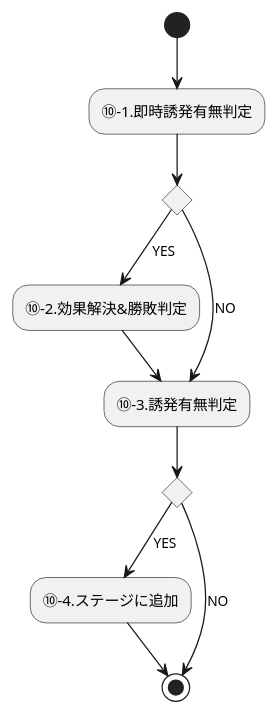
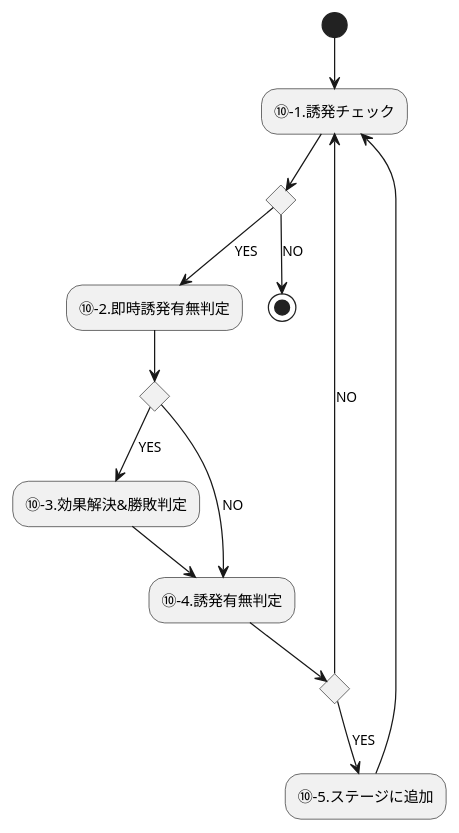
The diagram in source/core/triggerflow.puml (BlackPoker/BlackPoker), drawn with PlantUML before and after one commit. The commit also changed 1 other file, not shown here.

```diff
--- a/source/core/triggerflow.puml
+++ b/source/core/triggerflow.puml
@@ -1,18 +1,24 @@
 @startuml
-(*) --> "⑩-1.即時誘発有無判定"
+(*) --> "⑩-1.誘発チェック"
 
 if "" then
-    -->[YES] "⑩-2.効果解決&勝敗判定"
-    --> "⑩-3.誘発有無判定"
-else
-    -->[NO] "⑩-3.誘発有無判定"
-endif
+    -->[YES] "⑩-2.即時誘発有無判定"
+    if "" then
+        -->[YES] "⑩-3.効果解決&勝敗判定"
+        --> "⑩-4.誘発有無判定"
+    else
+        -->[NO] "⑩-4.誘発有無判定"
+    endif
 
-if "" then
-    -->[YES] "⑩-4.ステージに追加"
-    --> (*)
+    if "" then
+        -->[YES] "⑩-5.ステージに追加"
+        --> "⑩-1.誘発チェック"
+    else
+        -->[NO] "⑩-1.誘発チェック"
+    endif
+
 else
     -->[NO] (*)
 endif
 
 @enduml
```
